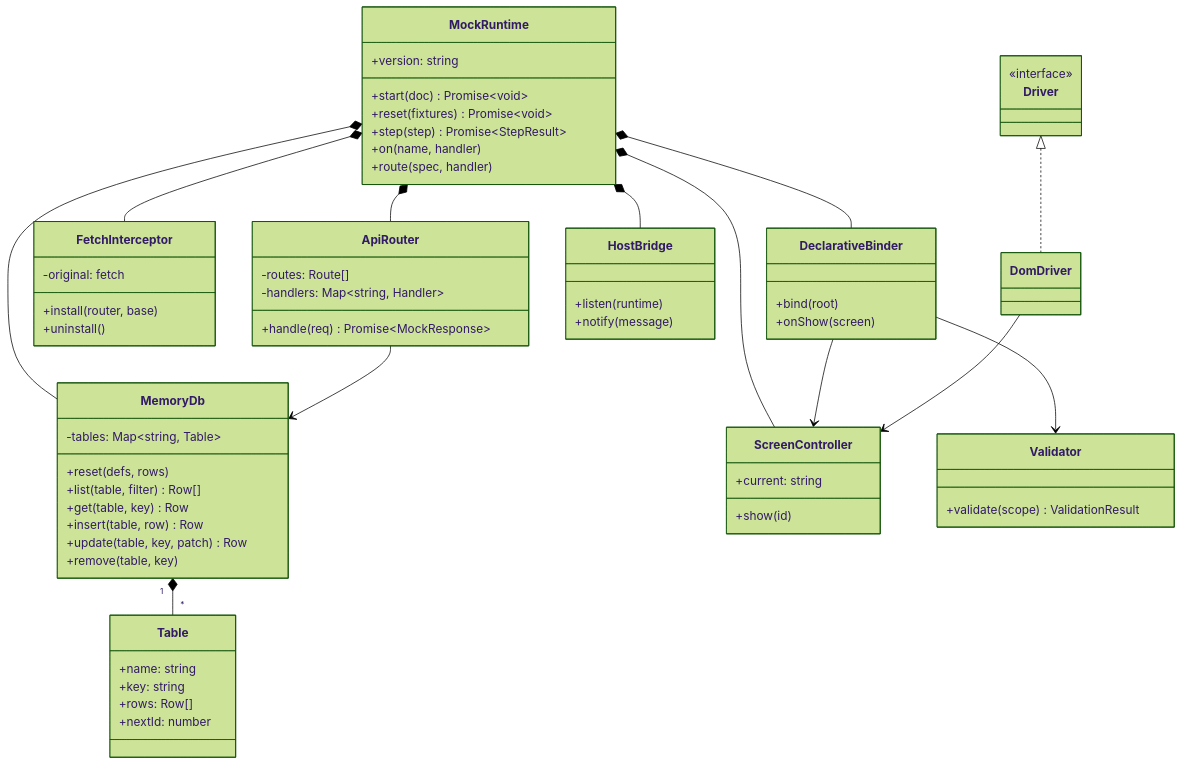
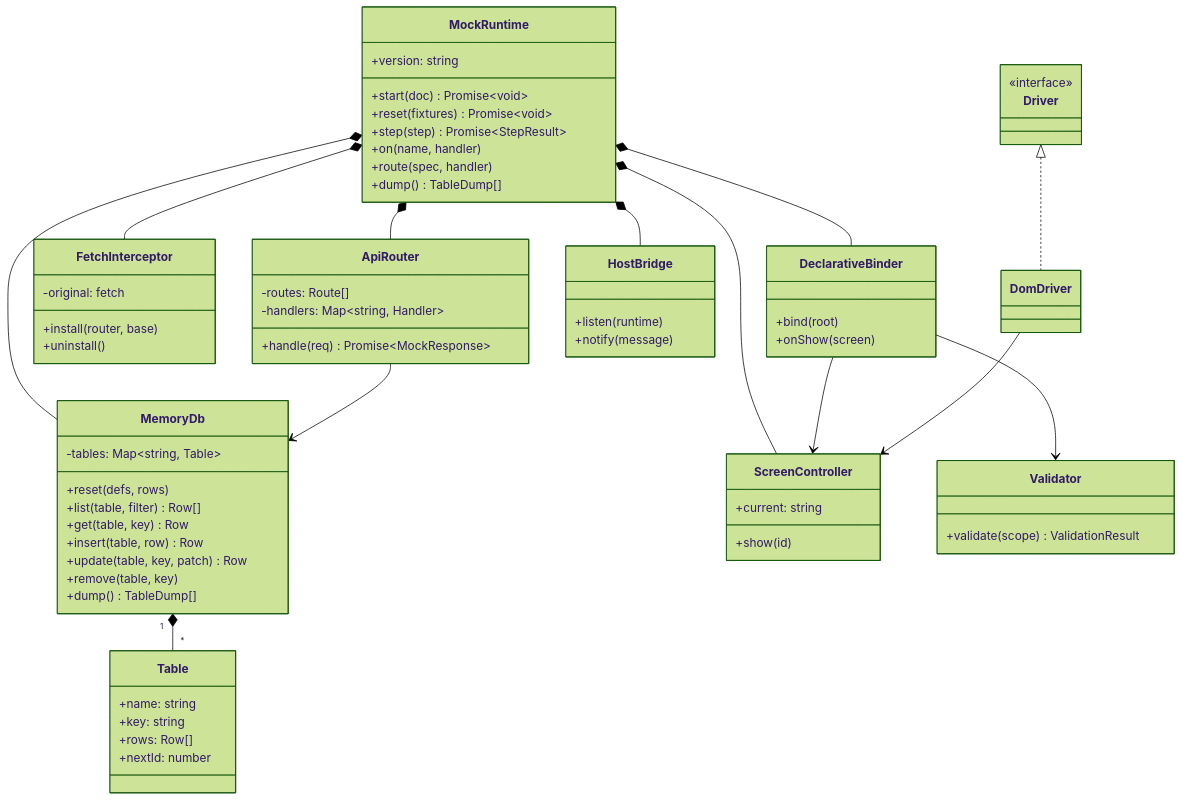
One commit to p-o-ke-nae/design-document changed the first of 6 diagrams in docs/design/detailed/mock-runtime.md. Above: the diagram before and after it, drawn with Mermaid (forest theme). The commit also changed other lines of this file and 18 other files, not shown here.

````diff
--- a/docs/design/detailed/mock-runtime.md
+++ b/docs/design/detailed/mock-runtime.md
@@ -19,67 +19,69 @@
 ```mermaid id=class
 classDiagram
   class MockRuntime {
     +version: string
     +start(doc) Promise~void~
     +reset(fixtures) Promise~void~
     +step(step) Promise~StepResult~
     +on(name, handler)
     +route(spec, handler)
+    +dump() TableDump[]
   }
   class MemoryDb {
     -tables: Map~string, Table~
     +reset(defs, rows)
     +list(table, filter) Row[]
     +get(table, key) Row
     +insert(table, row) Row
     +update(table, key, patch) Row
     +remove(table, key)
+    +dump() TableDump[]
   }
   class Table {
     +name: string
     +key: string
     +rows: Row[]
     +nextId: number
   }
   class ApiRouter {
     -routes: Route[]
     -handlers: Map~string, Handler~
     +handle(req) Promise~MockResponse~
   }
   class FetchInterceptor {
     -original: fetch
     +install(router, base)
     +uninstall()
   }
   class ScreenController {
     +current: string
     +show(id)
   }
   class DeclarativeBinder {
     +bind(root)
     +onShow(screen)
   }
   class Validator {
     +validate(scope) ValidationResult
   }
   class HostBridge {
     +listen(runtime)
     +notify(message)
   }
   class DomDriver
   class Driver {
     <<interface>>
   }
   MockRuntime *-- MemoryDb
   MockRuntime *-- ApiRouter
   MockRuntime *-- FetchInterceptor
   MockRuntime *-- ScreenController
   MockRuntime *-- DeclarativeBinder
   MockRuntime *-- HostBridge
   MemoryDb "1" *-- "*" Table
   ApiRouter --> MemoryDb
   DeclarativeBinder --> Validator
   DeclarativeBinder --> ScreenController
   Driver <|.. DomDriver
   DomDriver --> ScreenController
 ```
````
